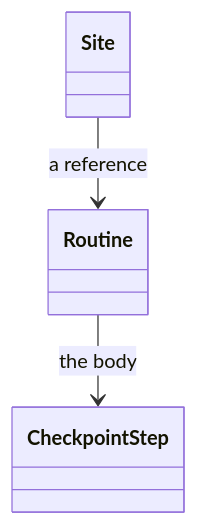
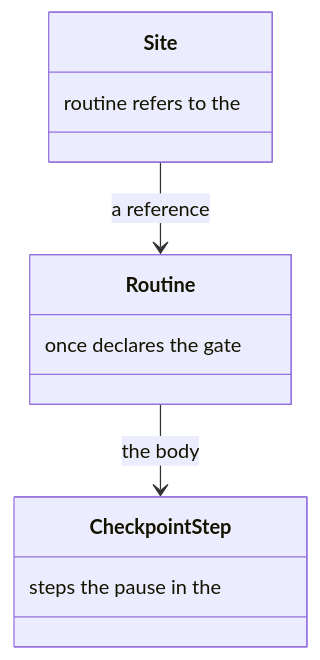
Before and after one commit to m2ux/workflow-server: diagram 16 of 22 in docs/checkpoint.md, drawn with Mermaid. The commit also changed other lines of this file and 13 other files, not shown here.

````diff
--- a/docs/checkpoint.md
+++ b/docs/checkpoint.md
@@ -262,8 +302,14 @@
 ```mermaid
 classDiagram
-  class CheckpointStep
-  class Routine
-  class Site
+  class CheckpointStep {
+    steps the pause in the
+  }
+  class Routine {
+    once declares the gate
+  }
+  class Site {
+    routine refers to the
+  }
   Routine --> CheckpointStep : the body
   Site --> Routine : a reference
 ```
````
